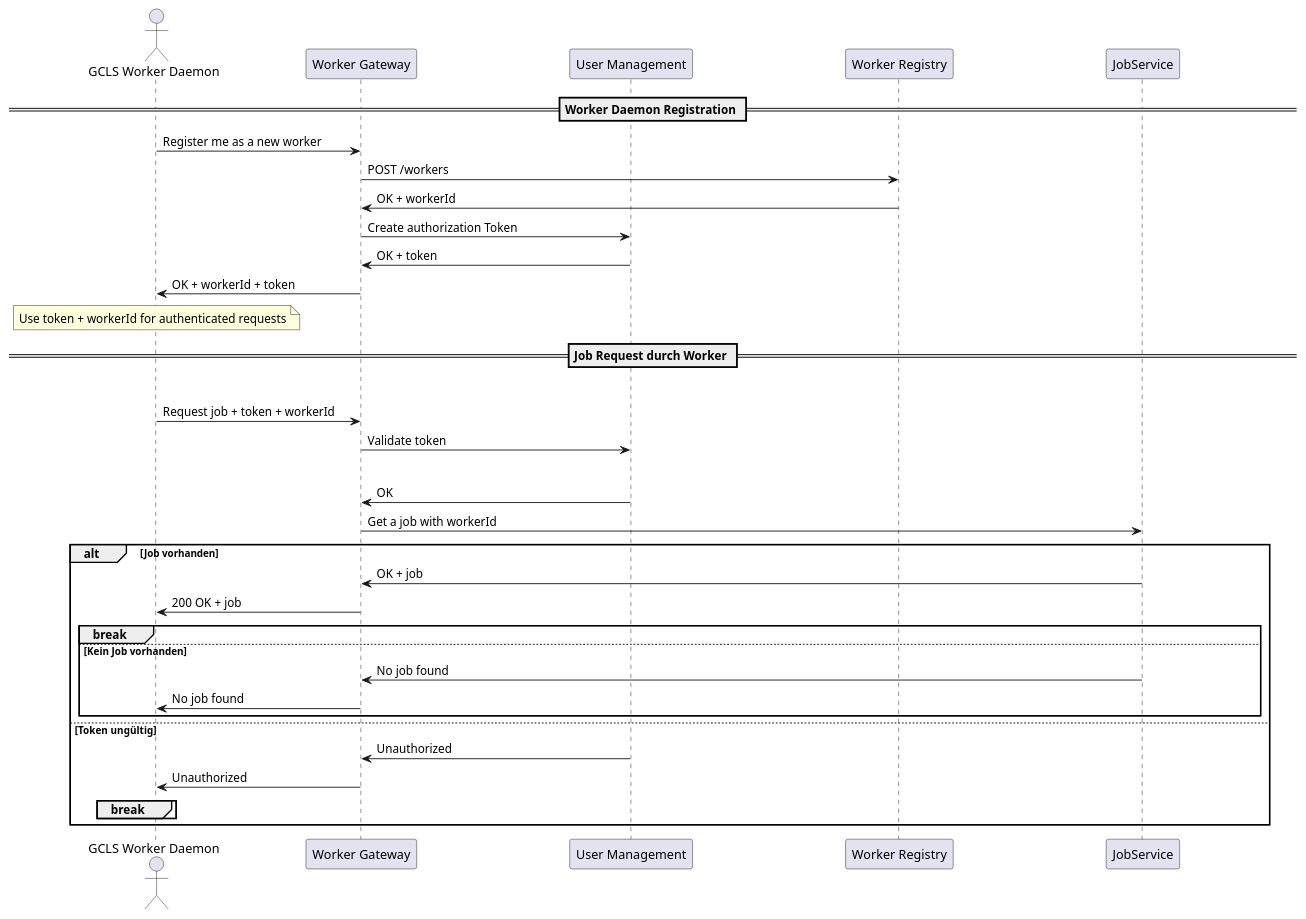
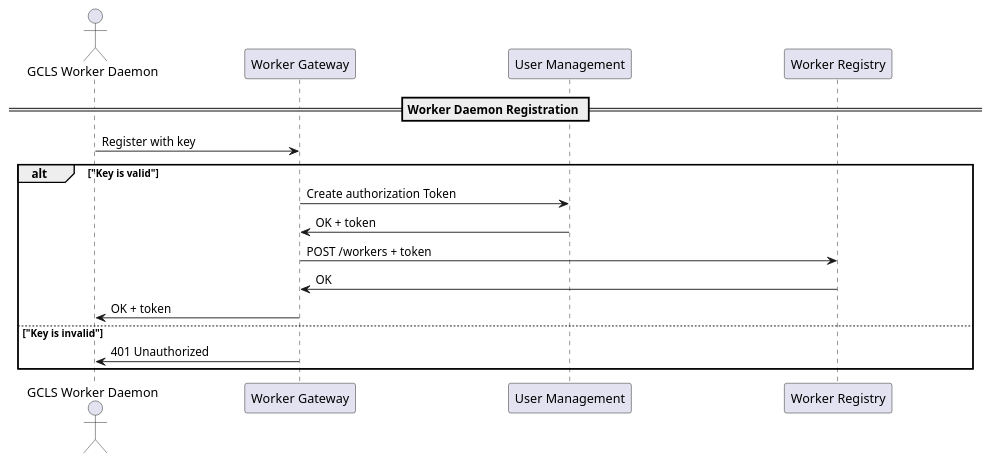
One commit to informatik-mannheim/cmg-ss2025 changed the diagram in docs/diagrams/worker-daemon.puml. Above: the diagram before and after it, drawn with PlantUML. The commit also changed 1 other file, not shown here.

Commit message:
Reduced the sequence diagram to the registration sequence

```diff
--- a/docs/diagrams/worker-daemon.puml
+++ b/docs/diagrams/worker-daemon.puml
@@ -1,47 +1,26 @@
 @startuml worker-daemon-sequence
 
 skinparam Shadowing false
 skinparam ParticipantPadding 80
 skinparam BoxPadding 10
 
 actor "GCLS Worker Daemon" as Worker
 participant "Worker Gateway" as Gateway
 participant "User Management" as UserManagement
 participant "Worker Registry" as Registry
 
 == Worker Daemon Registration ==
 
-Worker -> Gateway: Register me as a new worker
-Gateway -> Registry: POST /workers
-Registry -> Gateway: OK + workerId
-Gateway -> UserManagement: Create authorization Token
-UserManagement -> Gateway: OK + token
-Gateway -> Worker: OK + workerId + token
+Worker -> Gateway: Register with key
 
-note over Worker: Use token + workerId for authenticated requests
-
-== Job Request durch Worker ==
-
-loop Wiederhole bis Job empfangen
-    Worker -> Gateway: Request job + token + workerId
-    Gateway -> UserManagement: Validate token
-    alt Token gültig
-        UserManagement -> Gateway: OK
-
-        Gateway -> JobService: Get a job with workerId
-        alt Job vorhanden
-            JobService -> Gateway: OK + job
-            Gateway -> Worker: 200 OK + job
-            break
-        else Kein Job vorhanden
-            JobService -> Gateway: No job found
-            Gateway -> Worker: No job found
-        end
-    else Token ungültig
-        UserManagement -> Gateway: Unauthorized
-        Gateway -> Worker: Unauthorized
-        break
-    end
+alt "Key is valid"
+    Gateway -> UserManagement: Create authorization Token
+    UserManagement -> Gateway: OK + token
+    Gateway -> Registry: POST /workers + token
+    Registry -> Gateway: OK
+    Gateway -> Worker: OK + token
+else "Key is invalid"
+    Gateway -> Worker: 401 Unauthorized
 end
 
 @enduml
```
